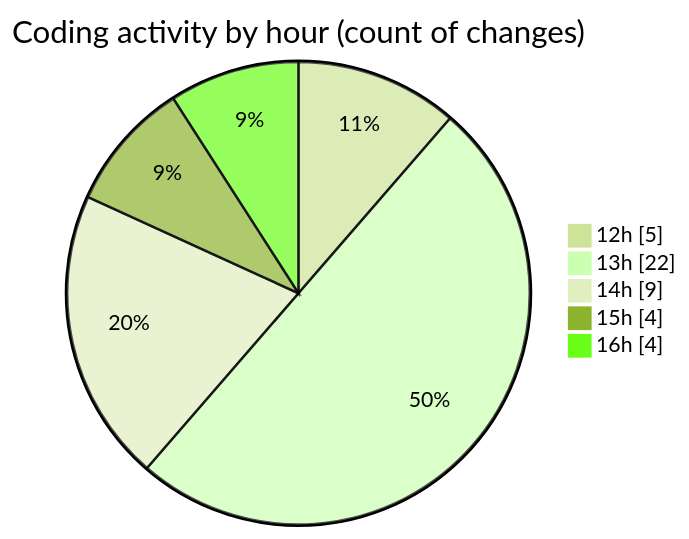
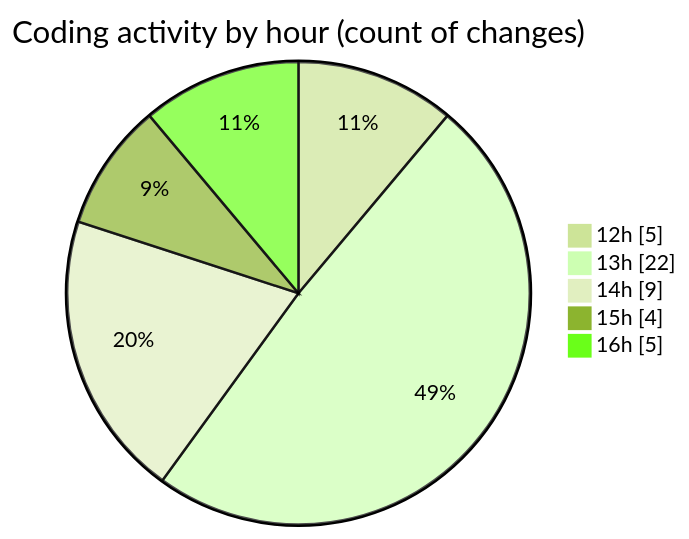
One commit to MatusMokan/code-tracking changed the second of 2 diagrams in 2025-04-19/myws__workspace_/README.md. Above: the diagram before and after it, drawn with Mermaid (forest theme). The commit also changed other lines of this file and 1 other file, not shown here.

````diff
--- a/2025-04-19/myws__workspace_/README.md
+++ b/2025-04-19/myws__workspace_/README.md
@@ -31,9 +31,9 @@
 ```mermaid
 pie showData
 title Coding activity by hour (count of changes)
 "12h" : 5
 "13h" : 22
 "14h" : 9
 "15h" : 4
-"16h" : 4
+"16h" : 5
 ```
````
